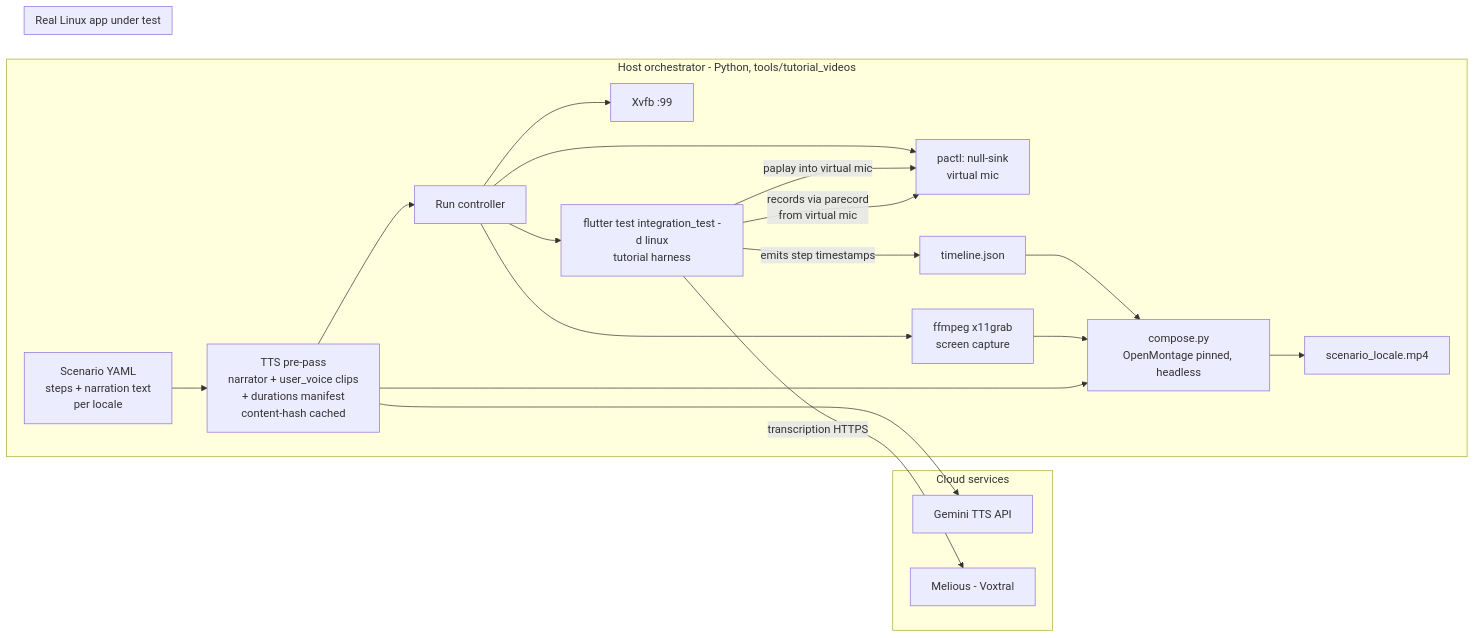
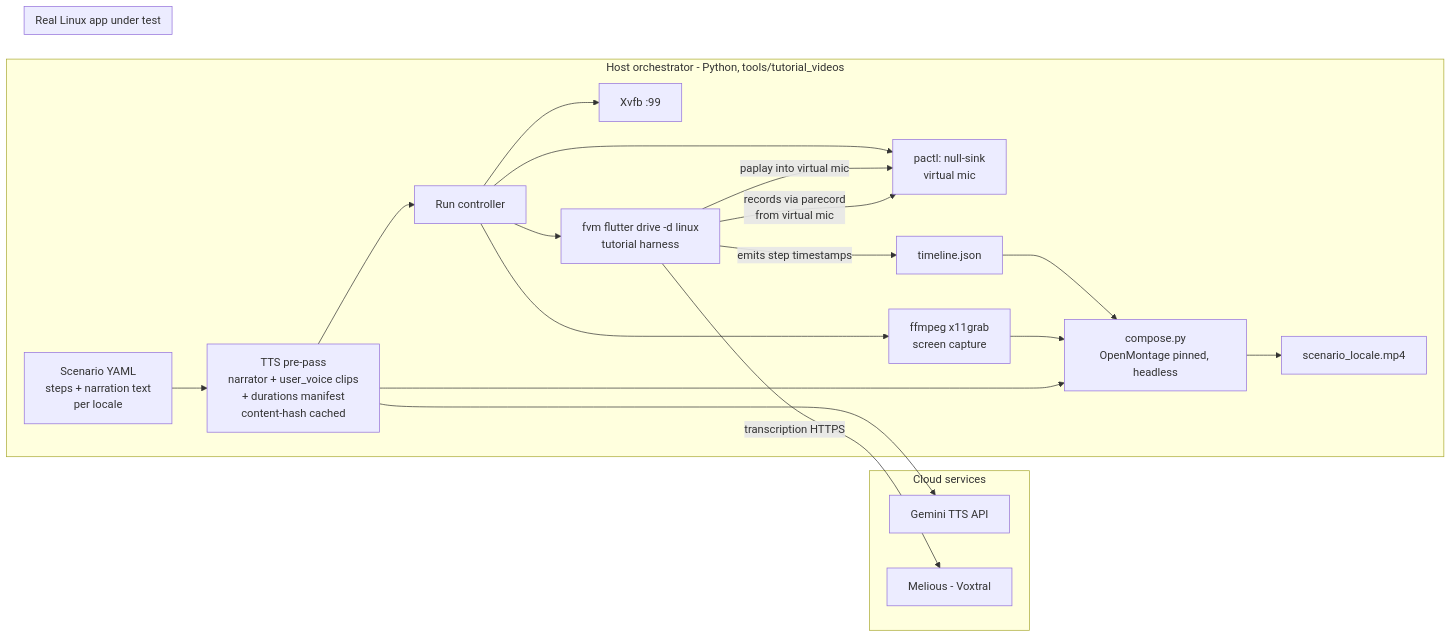
Before and after one commit to matthiasn/lotti: the first of 2 diagrams in docs/implementation_plans/2026-07-21_tutorial_video_workbench.md, drawn with Mermaid. The commit also changed other lines of this file and 35 other files, not shown here.

````diff
--- a/docs/implementation_plans/2026-07-21_tutorial_video_workbench.md
+++ b/docs/implementation_plans/2026-07-21_tutorial_video_workbench.md
@@ -144,26 +144,26 @@
 ```mermaid
 flowchart LR
     subgraph cloud [Cloud services]
         GTTS[Gemini TTS API]
         MEL[Melious - Voxtral]
     end
     subgraph host [Host orchestrator - Python, tools/tutorial_videos]
         SC[Scenario YAML\nsteps + narration text\nper locale] --> TTS[TTS pre-pass\nnarrator + user_voice clips\n+ durations manifest\ncontent-hash cached]
         TTS --> GTTS
         TTS --> ORCH[Run controller]
         ORCH --> XV[Xvfb :99]
         ORCH --> MIC[pactl: null-sink\nvirtual mic]
         ORCH --> REC[ffmpeg x11grab\nscreen capture]
         ORCH --> APP
         TL[timeline.json] --> COMP[compose.py\nOpenMontage pinned, headless]
         REC --> COMP
         TTS --> COMP
         COMP --> MP4[scenario_locale.mp4]
     end
     subgraph app [Real Linux app under test]
-        APP[flutter test integration_test -d linux\ntutorial harness] -->|paplay into virtual mic| MIC
+        APP[fvm flutter drive -d linux\ntutorial harness] -->|paplay into virtual mic| MIC
         APP -->|emits step timestamps| TL
         APP -->|records via parecord\nfrom virtual mic| MIC
         APP -->|transcription HTTPS| MEL
     end
 ```
````
